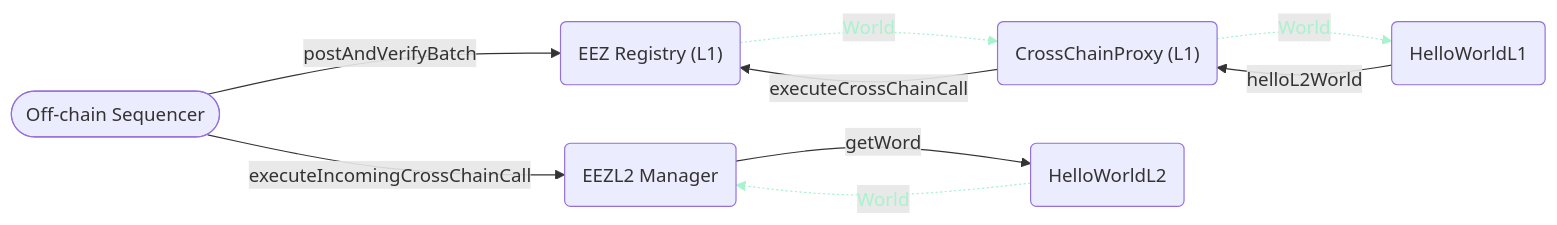
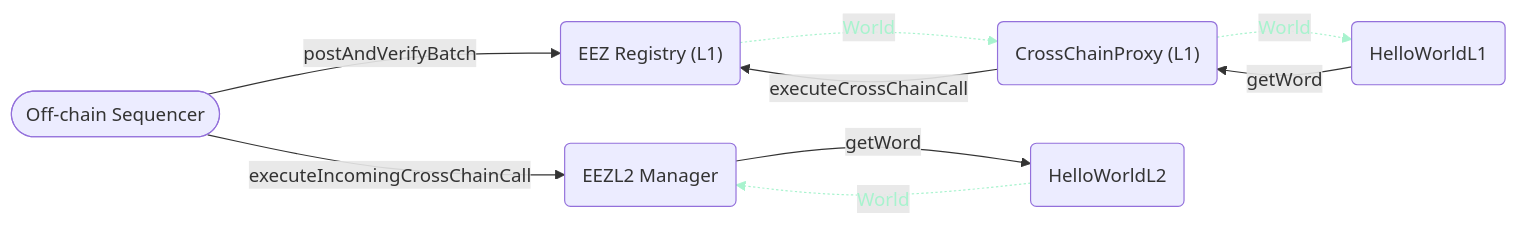
One commit to 0xarmagan/eez-docs changed the second of 2 diagrams in docs/_execution-flow-diagram.mdx. Above: the diagram before and after it, drawn with Mermaid. The commit also changed 1 other file, not shown here.

Commit message:
Fix 3 diagram/prose accuracy issues found by audit against eez-core-protocol source
- execution-flow diagram: HelloWorldL1.helloL2World() calls getWord() on the
  proxy, not a "helloL2World" function on the proxy
- build-execution-entries: outer call's CALL_END tag reads the live
  _currentL2ToL1Call cursor (3, after the nested frame advances it), not the
  call number captured at CALL_BEGIN (1)
- build-execution-entries: outer entry-level callCount is 2 (calls 1 and 4),
  not 3 — the doc's own partition-invariant arithmetic (2 + 2 == 4) already
  implied this

````diff
--- a/docs/_execution-flow-diagram.mdx
+++ b/docs/_execution-flow-diagram.mdx
@@ -14,22 +14,22 @@
 ```mermaid
 flowchart LR
     Seq(["Off-chain Sequencer"])
     EEZ("EEZ Registry (L1)")
     Proxy("CrossChainProxy (L1)")
     App1("HelloWorldL1")
     EEZL2("EEZL2 Manager")
     App2("HelloWorldL2")
 
     Seq -->|postAndVerifyBatch| EEZ
-    App1 -->|helloL2World| Proxy
+    App1 -->|getWord| Proxy
     Proxy -->|executeCrossChainCall| EEZ
     EEZ -.->|World| Proxy
     Proxy -.->|World| App1
     Seq -->|executeIncomingCrossChainCall| EEZL2
     EEZL2 -->|getWord| App2
     App2 -.->|World| EEZL2
 
     linkStyle 3 stroke:#A8F3CE,color:#A8F3CE
     linkStyle 4 stroke:#A8F3CE,color:#A8F3CE
     linkStyle 7 stroke:#A8F3CE,color:#A8F3CE
 ```
````
